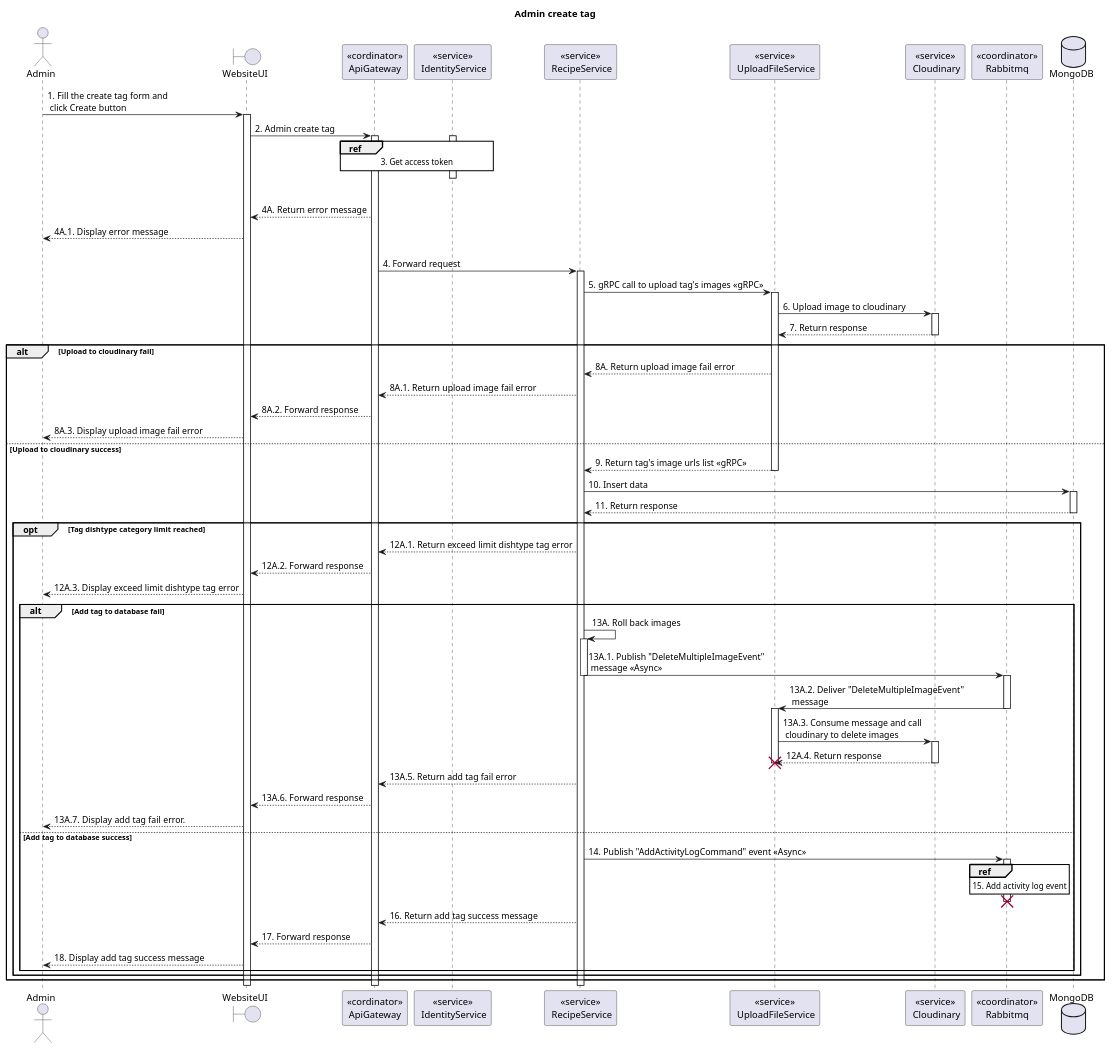
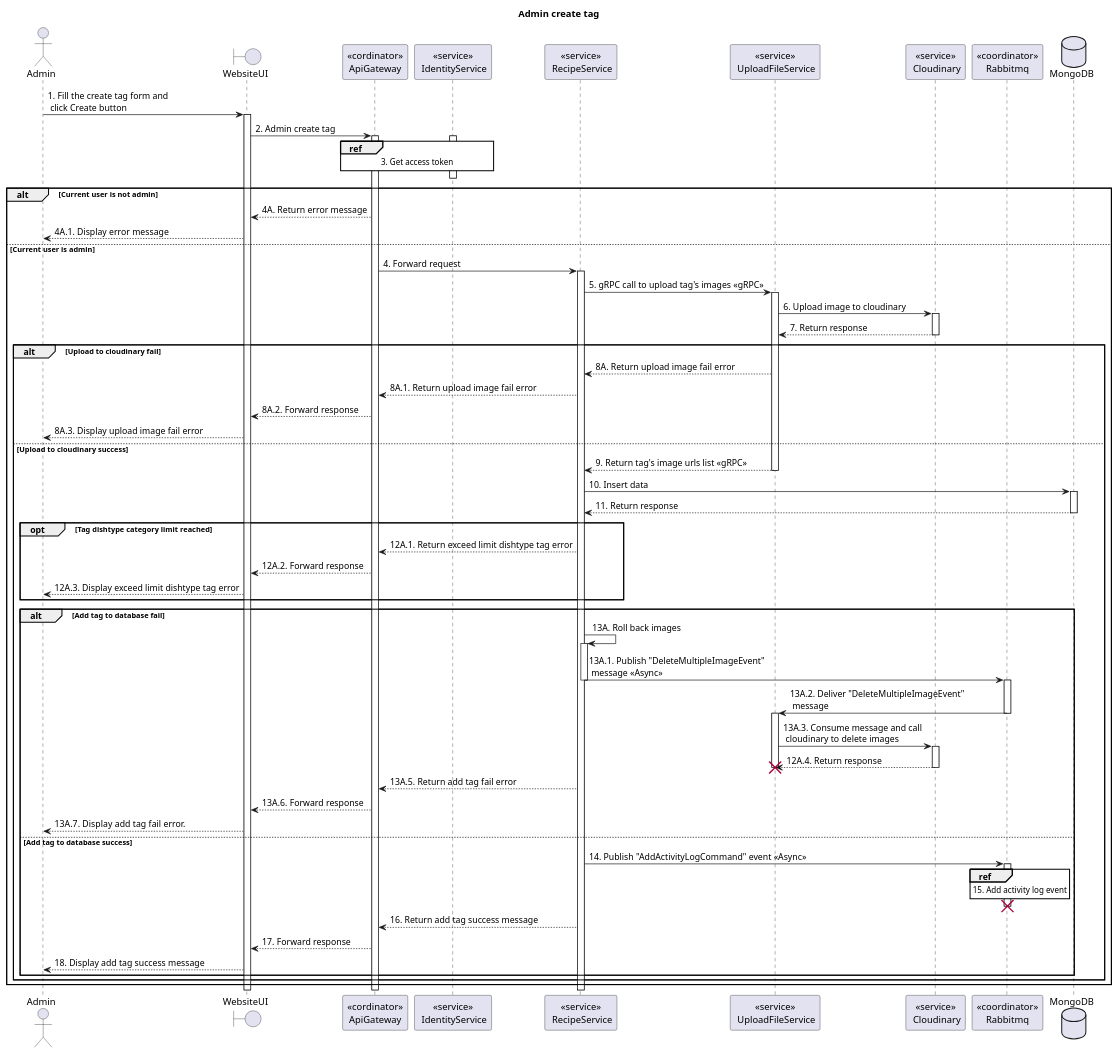
Before and after one commit to Carl-Johnsons/tastopia: the diagram in doc/SDS/Recipe/Admin/Admin create tag/Sequence.plantuml, drawn with PlantUML. The commit also changed 1 other file, not shown here.

```diff
--- a/doc/SDS/Recipe/Admin/Admin create tag/Sequence.plantuml
+++ b/doc/SDS/Recipe/Admin/Admin create tag/Sequence.plantuml
@@ -1,81 +1,82 @@
 @startuml Sequence
 title "Admin create tag"
 ' Style section
 <style>
   sequenceDiagram {
     reference {
       BackGroundColor white
     }
 }
 </style>
 
 actor Admin
 boundary WebsiteUI
 participant "<<cordinator>>\nApiGateway" as ApiGateway
 participant "<<service>>\n IdentityService" as IdentityService
 participant "<<service>>\n RecipeService" as RecipeService
 participant "<<service>>\n UploadFileService" as UploadFileService
 participant "<<service>>\n Cloudinary" as Cloudinary
 participant "<<coordinator>>\nRabbitmq" as Rabbitmq
 database MongoDB
 
 Admin -> WebsiteUI++: 1. Fill the create tag form and \n click Create button
 WebsiteUI -> ApiGateway++: 2. Admin create tag
 
 activate IdentityService
 ref over ApiGateway, IdentityService: 3. Get access token
 ApiGateway -[hidden]-> IdentityService
 deactivate IdentityService
 
 alt Current user is not admin
     WebsiteUI <-- ApiGateway: 4A. Return error message
     Admin <-- WebsiteUI: 4A.1. Display error message
 else Current user is admin
     ApiGateway -> RecipeService++: 4. Forward request
     RecipeService -> UploadFileService++: 5. gRPC call to upload tag's images <<gRPC>>
     UploadFileService -> Cloudinary++: 6. Upload image to cloudinary
     UploadFileService <-- Cloudinary--: 7. Return response
     alt Upload to cloudinary fail
         RecipeService <-- UploadFileService: 8A. Return upload image fail error
         ApiGateway <-- RecipeService: 8A.1. Return upload image fail error
         WebsiteUI <-- ApiGateway: 8A.2. Forward response
         Admin <-- WebsiteUI: 8A.3. Display upload image fail error
     else Upload to cloudinary success 
         RecipeService <-- UploadFileService--: 9. Return tag's image urls list <<gRPC>>
         RecipeService -> MongoDB++: 10. Insert data
         RecipeService <-- MongoDB--: 11. Return response
         opt Tag dishtype category limit reached
             ApiGateway <-- RecipeService: 12A.1. Return exceed limit dishtype tag error
             WebsiteUI <-- ApiGateway: 12A.2. Forward response
             Admin <-- WebsiteUI: 12A.3. Display exceed limit dishtype tag error
+        end opt
         alt Add tag to database fail
             RecipeService -> RecipeService: 13A. Roll back images
             activate RecipeService
             RecipeService -> Rabbitmq: 13A.1. Publish "DeleteMultipleImageEvent" \n message <<Async>>
             deactivate RecipeService
             activate Rabbitmq
             Rabbitmq -> UploadFileService: 13A.2. Deliver "DeleteMultipleImageEvent"\n message
             deactivate Rabbitmq
             activate UploadFileService
             UploadFileService -> Cloudinary++: 13A.3. Consume message and call \n cloudinary to delete images
             UploadFileService <-- Cloudinary--: 12A.4. Return response
             destroy UploadFileService
             deactivate UploadFileService
             ApiGateway <-- RecipeService: 13A.5. Return add tag fail error
             WebsiteUI <-- ApiGateway: 13A.6. Forward response
             Admin <-- WebsiteUI: 13A.7. Display add tag fail error.
         else Add tag to database success
             RecipeService -> Rabbitmq: 14. Publish "AddActivityLogCommand" event <<Async>>
             activate Rabbitmq
             ref over Rabbitmq: 15. Add activity log event
             RecipeService -[hidden]-> Rabbitmq
             deactivate Rabbitmq
             destroy Rabbitmq
             ApiGateway <-- RecipeService: 16. Return add tag success message
             WebsiteUI <-- ApiGateway: 17. Forward response
             Admin <-- WebsiteUI: 18. Display add tag success message
         end alt 
     end alt 
 end alt
 
 @enduml
```
